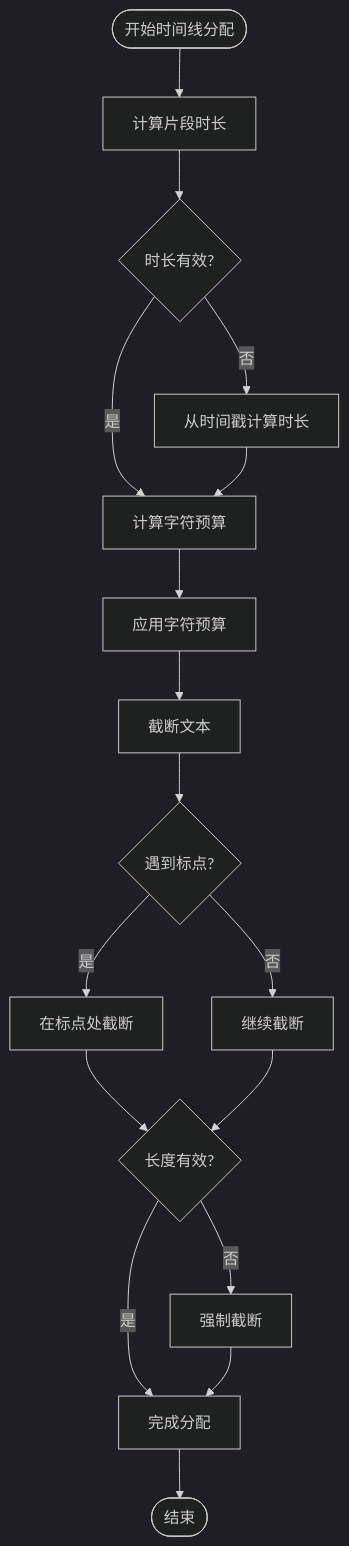
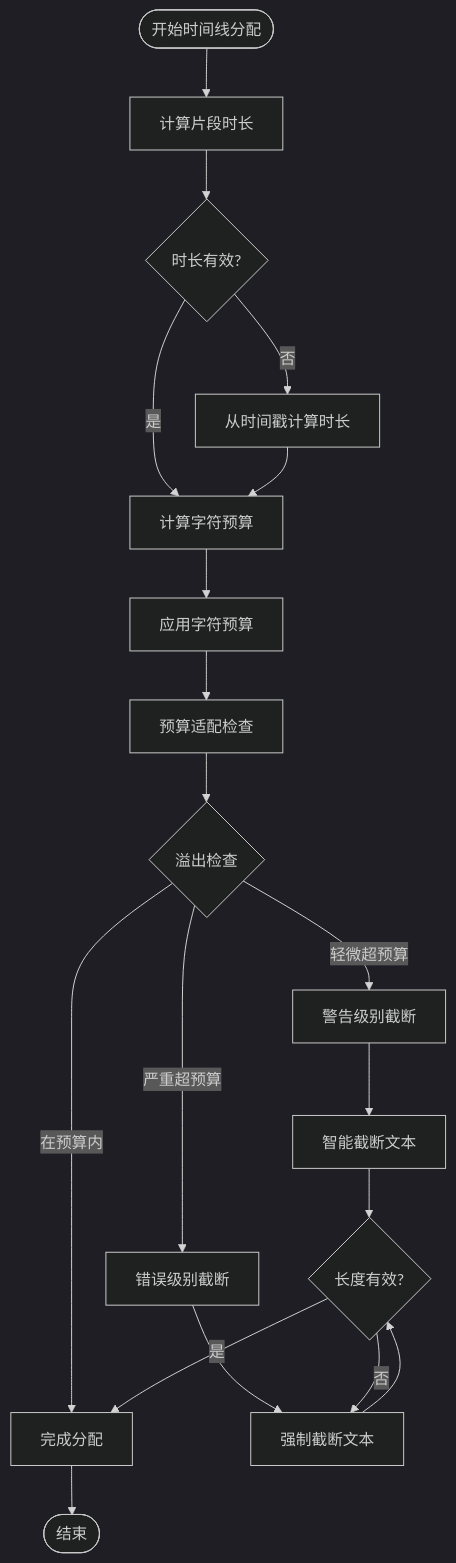
The second of 12 diagrams in .qoder/repowiki/zh/content/核心功能/视频处理服务/时间线分配器.md (wowoduang/AIVideoClaude), drawn with Mermaid (dark theme) before and after one commit. The commit also changed other lines of this file and 32 other files, not shown here.

````diff
--- a/.qoder/repowiki/zh/content/核心功能/视频处理服务/时间线分配器.md
+++ b/.qoder/repowiki/zh/content/核心功能/视频处理服务/时间线分配器.md
@@ -112,19 +119,21 @@
 ```mermaid
 flowchart TD
 Start([开始时间线分配]) --> CalcDuration[计算片段时长]
 CalcDuration --> CheckDuration{时长有效?}
 CheckDuration --> |否| CalcFromTimestamp[从时间戳计算时长]
 CheckDuration --> |是| CalcBudget[计算字符预算]
 CalcFromTimestamp --> CalcBudget
 CalcBudget --> ApplyBudget[应用字符预算]
-ApplyBudget --> TrimText[截断文本]
-TrimText --> CheckPunctuation{遇到标点?}
-CheckPunctuation --> |是| TruncateAtPunct[在标点处截断]
-CheckPunctuation --> |否| ContinueTrim[继续截断]
-TruncateAtPunct --> ValidateLength{长度有效?}
-ContinueTrim --> ValidateLength
-ValidateLength --> |否| ForceTruncate[强制截断]
-ValidateLength --> |是| Complete[完成分配]
-ForceTruncate --> Complete
+ApplyBudget --> FitCheck[预算适配检查]
+FitCheck --> CheckOverflow{溢出检查}
+CheckOverflow --> |在预算内| Complete[完成分配]
+CheckOverflow --> |轻微超预算| Warn[警告级别截断]
+CheckOverflow --> |严重超预算| Error[错误级别截断]
+Warn --> TruncateText[智能截断文本]
+Error --> ForceTruncate[强制截断文本]
+TruncateText --> ValidateLength{长度有效?}
+ForceTruncate --> ValidateLength
+ValidateLength --> |否| ForceTruncate
+ValidateLength --> |是| Complete
 Complete --> End([结束])
 ```
````
